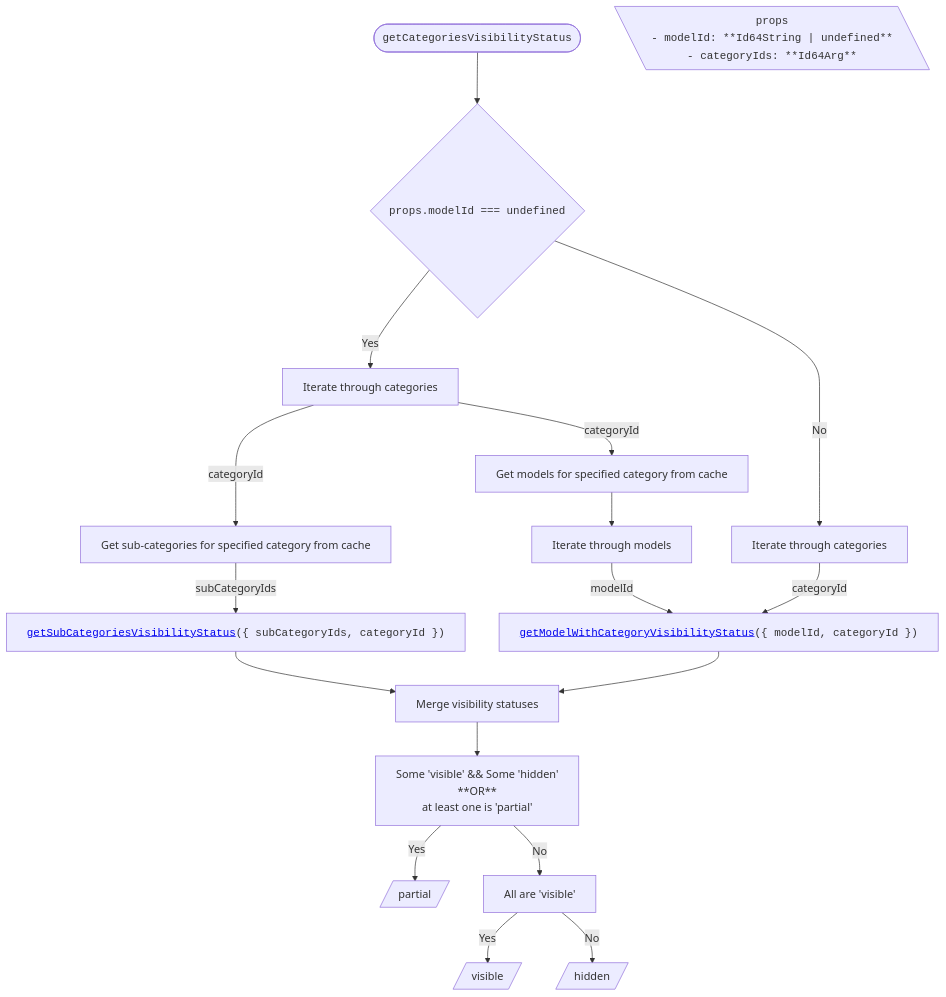
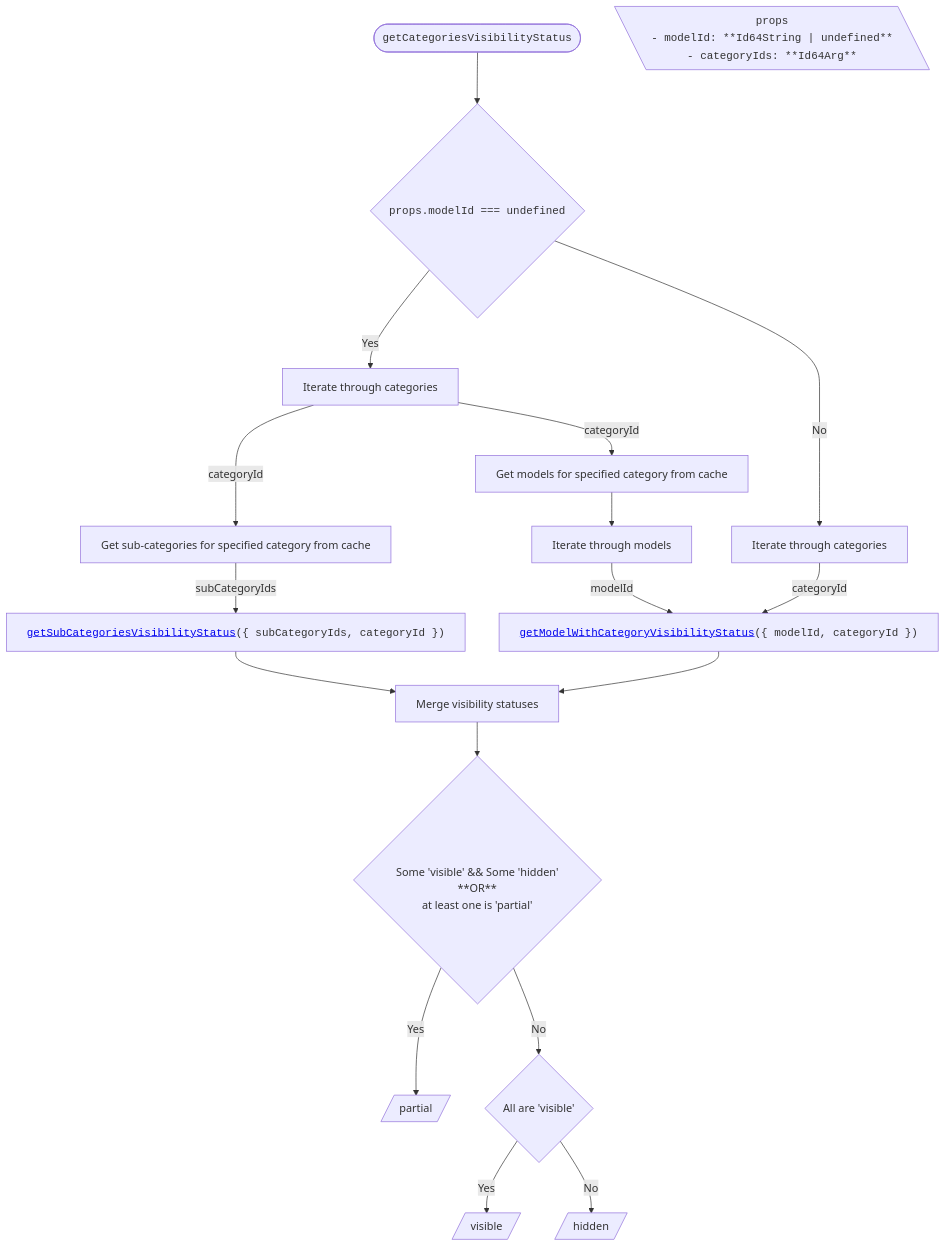
The third of 6 diagrams in packages/itwin/tree-widget/docs/SharedVisibilityHandling.md (iTwin/viewer-components-react), drawn with Mermaid before and after one commit. The commit also changed other lines of this file, not shown here.

````diff
--- a/packages/itwin/tree-widget/docs/SharedVisibilityHandling.md
+++ b/packages/itwin/tree-widget/docs/SharedVisibilityHandling.md
@@ -132,49 +138,49 @@
 ```mermaid
 ---
 config:
   flowchart:
     wrappingWidth: 750
     useMaxWidth: false
 ---
 
 flowchart TD
   RESULT_Partial[/partial/]
   RESULT_Visible[/visible/]
   RESULT_Hidden[/hidden/]
 
   %% Start
   TITLE(["<code>getCategoriesVisibilityStatus</code>"]) --> A{<code>props.modelId === undefined</code>}
 
   PROPS[\"
     <code>props</code>
     <code style='text-align: left;'>- modelId: **Id64String | undefined** <br/> - categoryIds: **Id64Arg**</code>
   "\]
 
   %% Branch Yes
   A -- Yes --> B[Iterate through categories]
   B -- categoryId --> C1[Get sub-categories for specified category from cache]
   B -- categoryId --> C2[Get models for specified category from cache]
 
   C1 -- subCategoryIds --> D1["<code><a href='#getsubcategoriesvisibilitystatus'>getSubCategoriesVisibilityStatus</a>({ subCategoryIds, categoryId })</code>"]
 
   C2 --> D2[Iterate through models]
   D2 -- modelId --> F["<code><a href='#getmodelwithcategoryvisibilitystatus'>getModelWithCategoryVisibilityStatus</a>({ modelId, categoryId })</code>"]
 
   %% Branch No
   A -- No --> B2[Iterate through categories]
   B2 -- categoryId --> F
 
   %% Merge
   D1 --> M[Merge visibility statuses]
   F --> M
 
-  M --> N[Some 'visible' && Some 'hidden' <br/> **OR** <br/> at least one is 'partial']
+  M --> N{<br/> Some 'visible' && Some 'hidden' <br/> **OR** <br/> at least one is 'partial'}
 
   %% Results
   N -- Yes --> RESULT_Partial
 
-  N -- No --> O[All are 'visible']
+  N -- No --> O{All are 'visible'}
 
   O -- Yes --> RESULT_Visible
   O -- No --> RESULT_Hidden
 ```
````
